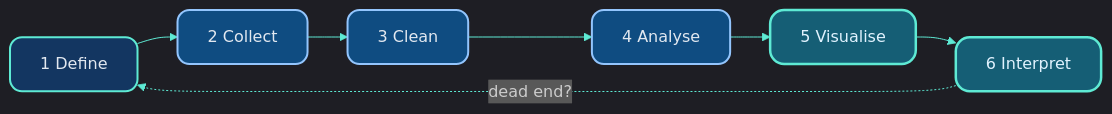
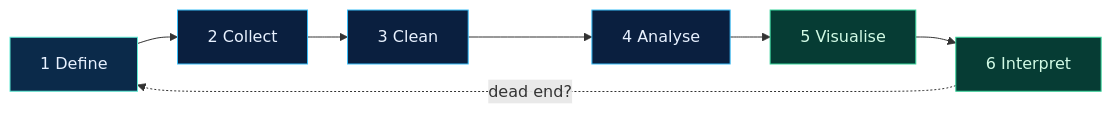
The diagram in lectures/content/slides/09_Concepts_of_Data_Analysis.md (MindaugasSarpis/CERN_lessons_on_data_analysis), drawn with Mermaid before and after one commit. The commit also changed 11 other files, not shown here.

````diff
--- a/lectures/content/slides/09_Concepts_of_Data_Analysis.md
+++ b/lectures/content/slides/09_Concepts_of_Data_Analysis.md
@@ -1568,14 +1568,14 @@
 ```mermaid {scale: 0.9}
-%%{init: {'theme': 'dark', 'themeVariables': {'primaryColor': '#0f1f3d', 'primaryBorderColor': '#60a5fa', 'primaryTextColor': '#e2e8f0', 'secondaryColor': '#102b4c', 'lineColor': '#5eead4', 'fontFamily': 'Inter, system-ui, sans-serif'}, 'flowchart': {'curve': 'basis', 'htmlLabels': true, 'useMaxWidth': true, 'nodeSpacing': 35, 'rankSpacing': 40}}}%%
+%%{init: {'flowchart': {'nodeSpacing': 35, 'rankSpacing': 40}}}%%
 flowchart LR
     Def["1 Define"]:::input --> Col["2 Collect"]:::process
     Col --> Cln["3 Clean"]:::process
     Cln --> Ana["4 Analyse"]:::process
     Ana --> Vis["5 Visualise"]:::output
     Vis --> Int["6 Interpret"]:::output
     Int -.dead end?.-> Def
 
-    classDef input fill:#133661,stroke:#5eead4,stroke-width:2px,color:#e2e8f0,rx:12px,ry:12px
-    classDef process fill:#0f4c81,stroke:#93c5fd,stroke-width:2px,color:#e2e8f0,rx:12px,ry:12px
-    classDef output fill:#155e75,stroke:#5eead4,stroke-width:2.5px,color:#e0f2fe,rx:14px,ry:14px
+    classDef input fill:#0b2a4a,stroke:#5eead4,color:#e8f1ff
+    classDef process fill:#0a1f3f,stroke:#38bdf8,color:#e8f1ff
+    classDef output fill:#063c34,stroke:#34d399,color:#d1fae5
 ```
````
